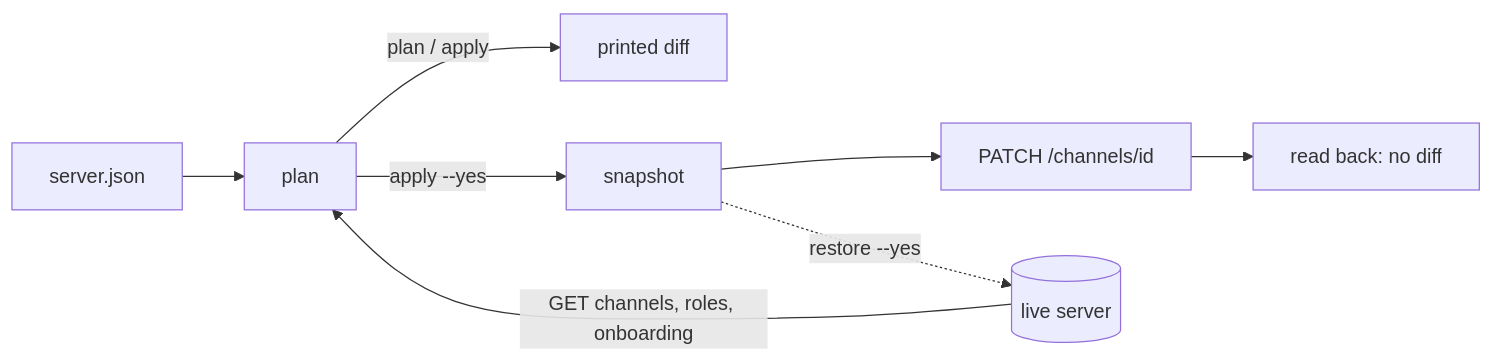
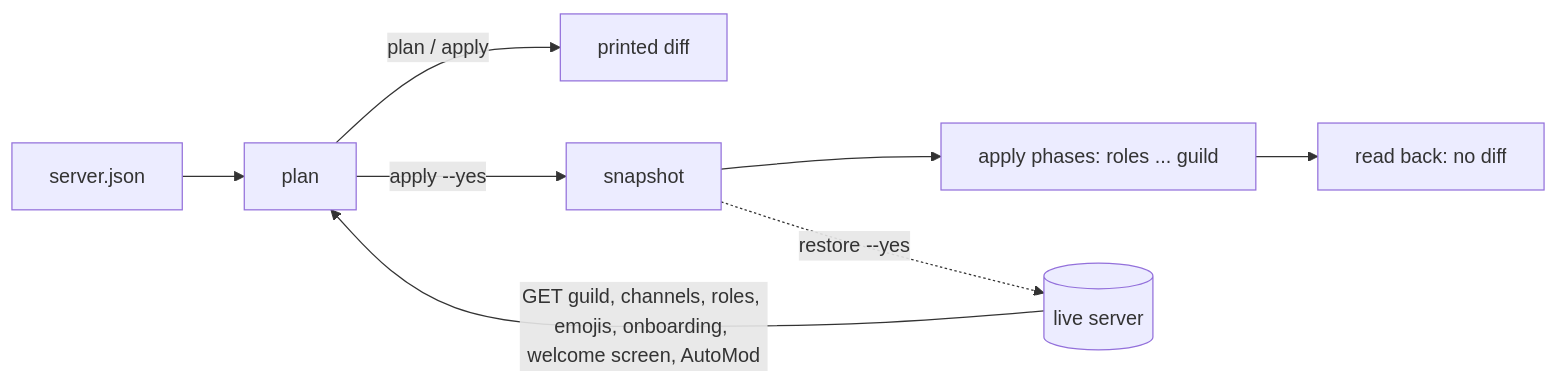
One commit to OpenDrone-hw/discord changed the diagram in README.md. Above: the diagram before and after it, drawn with Mermaid. The commit also changed other lines of this file and 7 other files, not shown here.

First line of the commit message:
Extend discord_config.py to roles, channels, forums, onboarding, AutoMod and more (#3)

````diff
--- a/README.md
+++ b/README.md
@@ -10,8 +10,8 @@
 ```mermaid
 flowchart LR
   J[server.json] --> P[plan]
-  L[(live server)] -->|GET channels, roles, onboarding| P
+  L[(live server)] -->|GET guild, channels, roles, emojis, onboarding, welcome screen, AutoMod| P
   P -->|plan / apply| R[printed diff]
-  P -->|apply --yes| S[snapshot] --> A[PATCH /channels/id] --> B[read back: no diff]
+  P -->|apply --yes| S[snapshot] --> A[apply phases: roles ... guild] --> B[read back: no diff]
   S -.->|restore --yes| L
 ```
````
